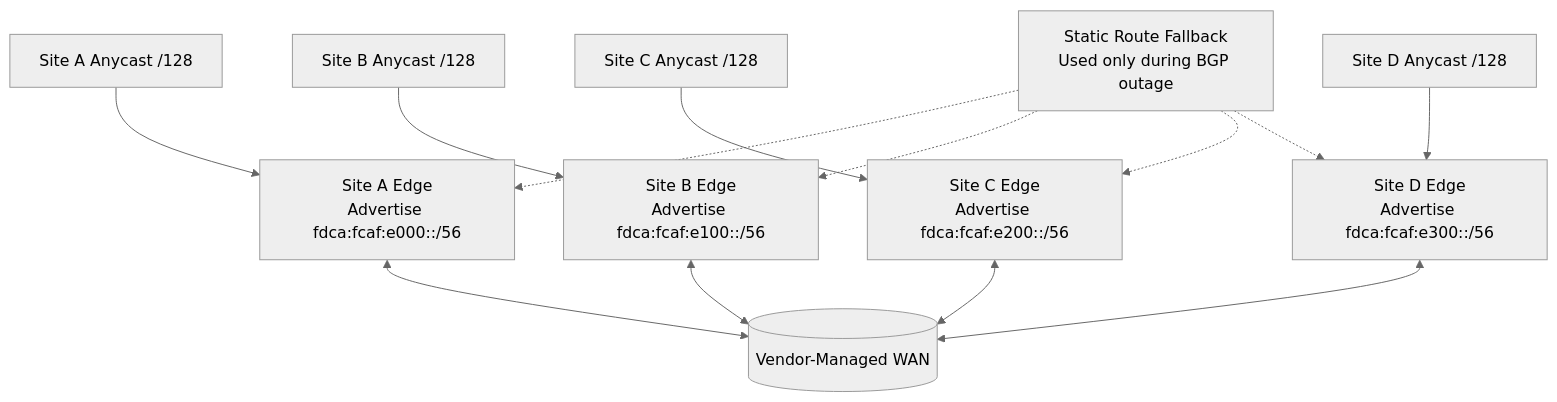
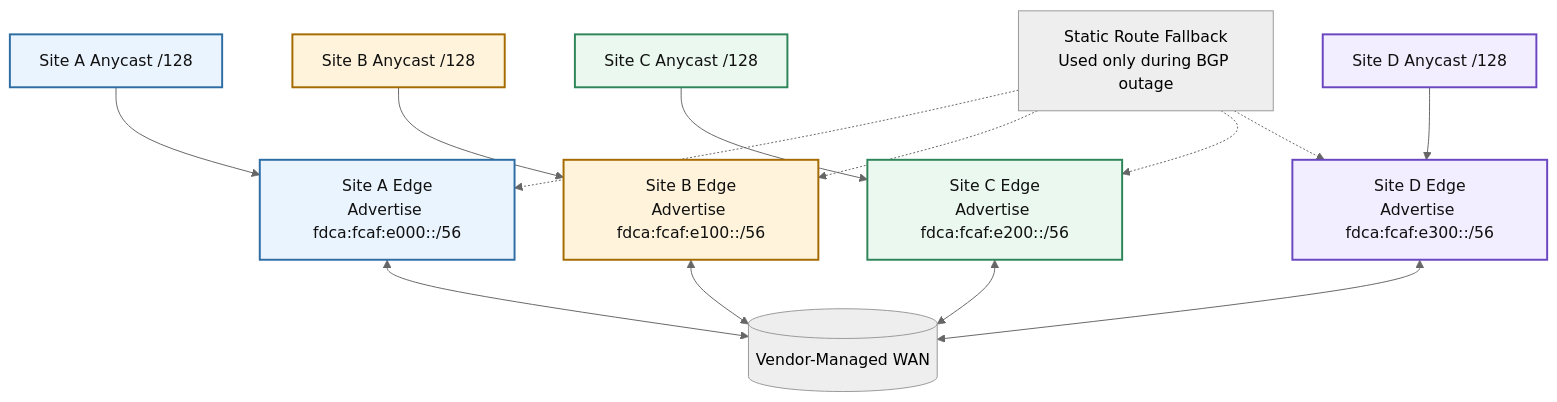
One commit to pancakesaregood/distributed-dc changed the diagram in network-spanned-dc/docs/03_diagrams/routing_bgp.mmd.md. Above: the diagram before and after it, drawn with Mermaid (neutral theme). The commit also changed 11 other files, not shown here.

Commit message:
diagram beautification

````diff
--- a/network-spanned-dc/docs/03_diagrams/routing_bgp.mmd.md
+++ b/network-spanned-dc/docs/03_diagrams/routing_bgp.mmd.md
@@ -3,30 +3,40 @@
 ```mermaid
 graph TD
   WAN[(Vendor-Managed WAN)]
 
   A["Site A Edge<br/>Advertise fdca:fcaf:e000::/56"]
   B["Site B Edge<br/>Advertise fdca:fcaf:e100::/56"]
   C["Site C Edge<br/>Advertise fdca:fcaf:e200::/56"]
   D["Site D Edge<br/>Advertise fdca:fcaf:e300::/56"]
 
   ANYA[Site A Anycast /128]
   ANYB[Site B Anycast /128]
   ANYC[Site C Anycast /128]
   ANYD[Site D Anycast /128]
 
   A <--> WAN
   B <--> WAN
   C <--> WAN
   D <--> WAN
 
   ANYA --> A
   ANYB --> B
   ANYC --> C
   ANYD --> D
 
   FALLBACK["Static Route Fallback<br/>Used only during BGP outage"]
   FALLBACK -.-> A
   FALLBACK -.-> B
   FALLBACK -.-> C
   FALLBACK -.-> D
+
+  classDef siteA fill:#EAF4FF,stroke:#2E6DA4,stroke-width:2px,color:#111111;
+  classDef siteB fill:#FFF4DB,stroke:#A56A00,stroke-width:2px,color:#111111;
+  classDef siteC fill:#EAF8EF,stroke:#2F855A,stroke-width:2px,color:#111111;
+  classDef siteD fill:#F2EDFF,stroke:#6B46C1,stroke-width:2px,color:#111111;
+
+  class A,ANYA siteA
+  class B,ANYB siteB
+  class C,ANYC siteC
+  class D,ANYD siteD
 ```
````
